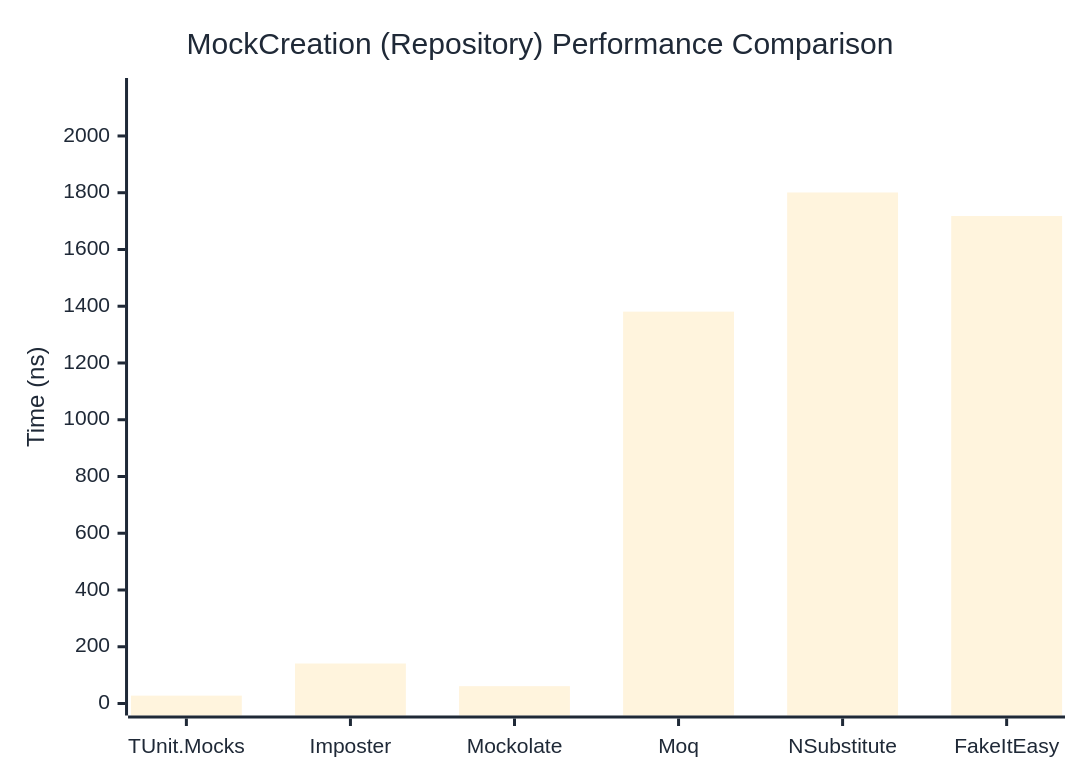
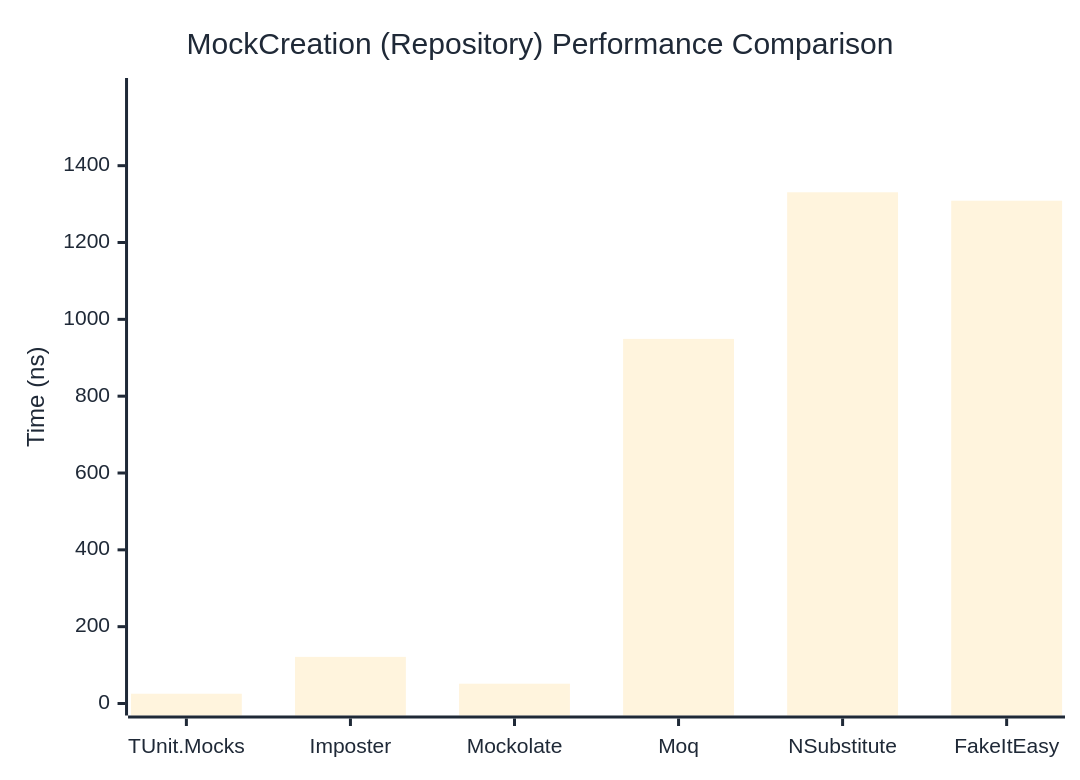
One commit to thomhurst/TUnit changed the second of 2 diagrams in docs/docs/benchmarks/mocks/MockCreation.md. Above: the diagram before and after it, drawn with Mermaid. The commit also changed other lines of this file and 14 other files, not shown here.

````diff
--- a/docs/docs/benchmarks/mocks/MockCreation.md
+++ b/docs/docs/benchmarks/mocks/MockCreation.md
@@ -71,27 +71,27 @@
 ```mermaid
 %%{init: {
   'theme':'base',
   'themeVariables': {
     'primaryColor': '#2563eb',
     'primaryTextColor': '#1f2937',
     'primaryBorderColor': '#1e40af',
     'lineColor': '#6b7280',
     'secondaryColor': '#7c3aed',
     'tertiaryColor': '#dc2626',
     'background': '#ffffff',
     'pie1': '#2563eb',
     'pie2': '#7c3aed',
     'pie3': '#dc2626',
     'pie4': '#f59e0b',
     'pie5': '#10b981',
     'pie6': '#06b6d4',
     'pie7': '#ec4899',
     'pie8': '#6366f1'
   }
 }}%%
 xychart-beta
   title "MockCreation (Repository) Performance Comparison"
   x-axis ["TUnit.Mocks", "Imposter", "Mockolate", "Moq", "NSubstitute", "FakeItEasy"]
-  y-axis "Time (ns)" 0 --> 2162
-  bar [27.67, 140.95, 61.09, 1380.94, 1800.89, 1718.02]
+  y-axis "Time (ns)" 0 --> 1597
+  bar [25.41, 121.4, 51.5, 949.04, 1330.8, 1308.82]
 ```
````
